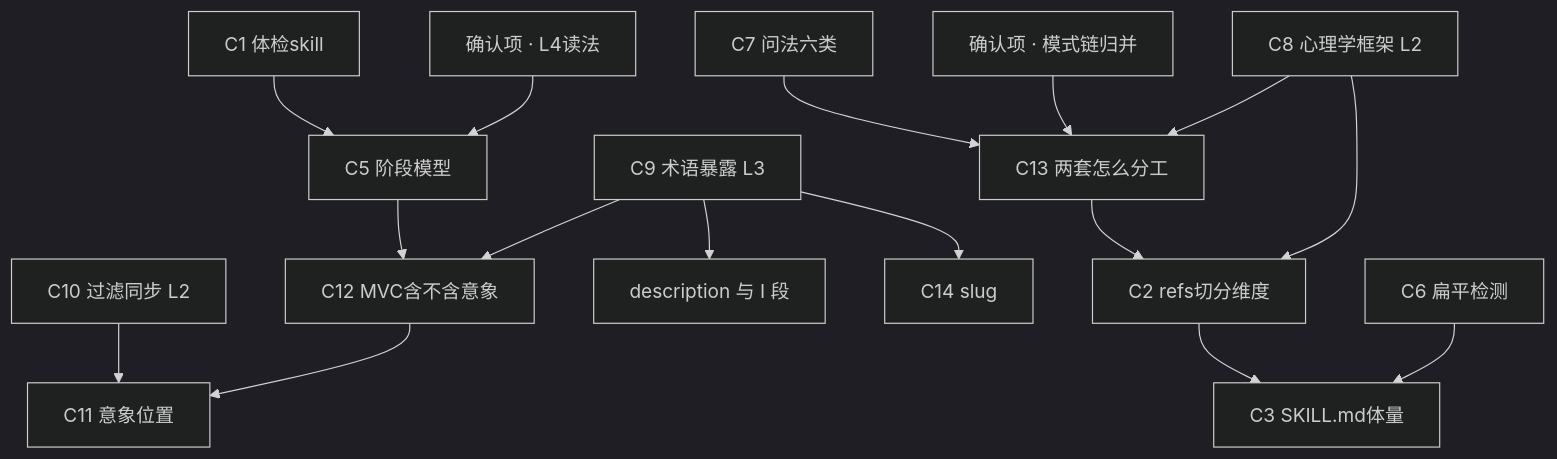
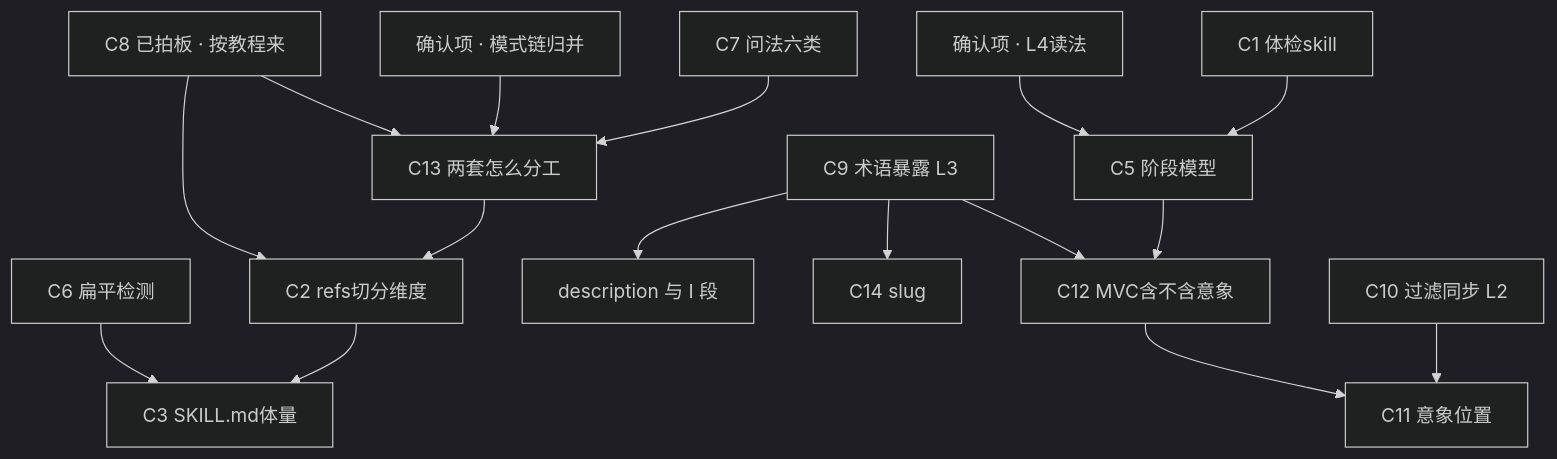
Before and after one commit to dwf89044485/sillytavern-ops: the diagram in 三线碰撞/04_冲突拍板单.md, drawn with Mermaid (dark theme). The commit also changed other lines of this file and 8 other files, not shown here.

````diff
--- a/三线碰撞/04_冲突拍板单.md
+++ b/三线碰撞/04_冲突拍板单.md
@@ -524,18 +533,18 @@
 ```mermaid
 graph TD
+    D01["C8 已拍板 · 按教程来"] --> C2["C2 refs切分维度"]
+    D01 --> C13["C13 两套怎么分工"]
     K4["确认项 · L4读法"] --> C5["C5 阶段模型"]
-    C8["C8 心理学框架 L2"] --> C2["C2 refs切分维度"]
-    C8 --> C13["C13 两套怎么分工"]
     K13["确认项 · 模式链归并"] --> C13
     C9["C9 术语暴露 L3"] --> C12["C12 MVC含不含意象"]
     C9 --> DESC["description 与 I 段"]
     C9 --> C14["C14 slug"]
     C5 --> C12
     C12 --> C11["C11 意象位置"]
     C7["C7 问法六类"] --> C13
     C13 --> C2
     C6["C6 扁平检测"] --> C3["C3 SKILL.md体量"]
     C2 --> C3
     C10["C10 过滤同步 L2"] --> C11
     C1["C1 体检skill"] --> C5
 ```
````
